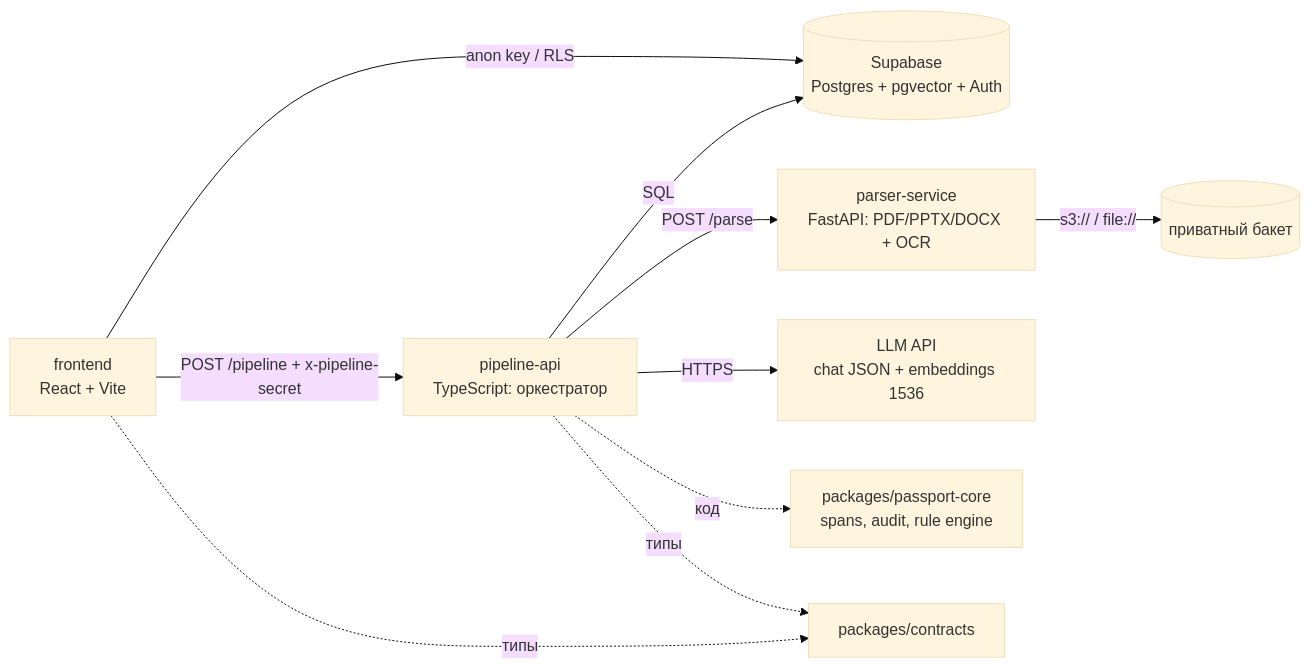
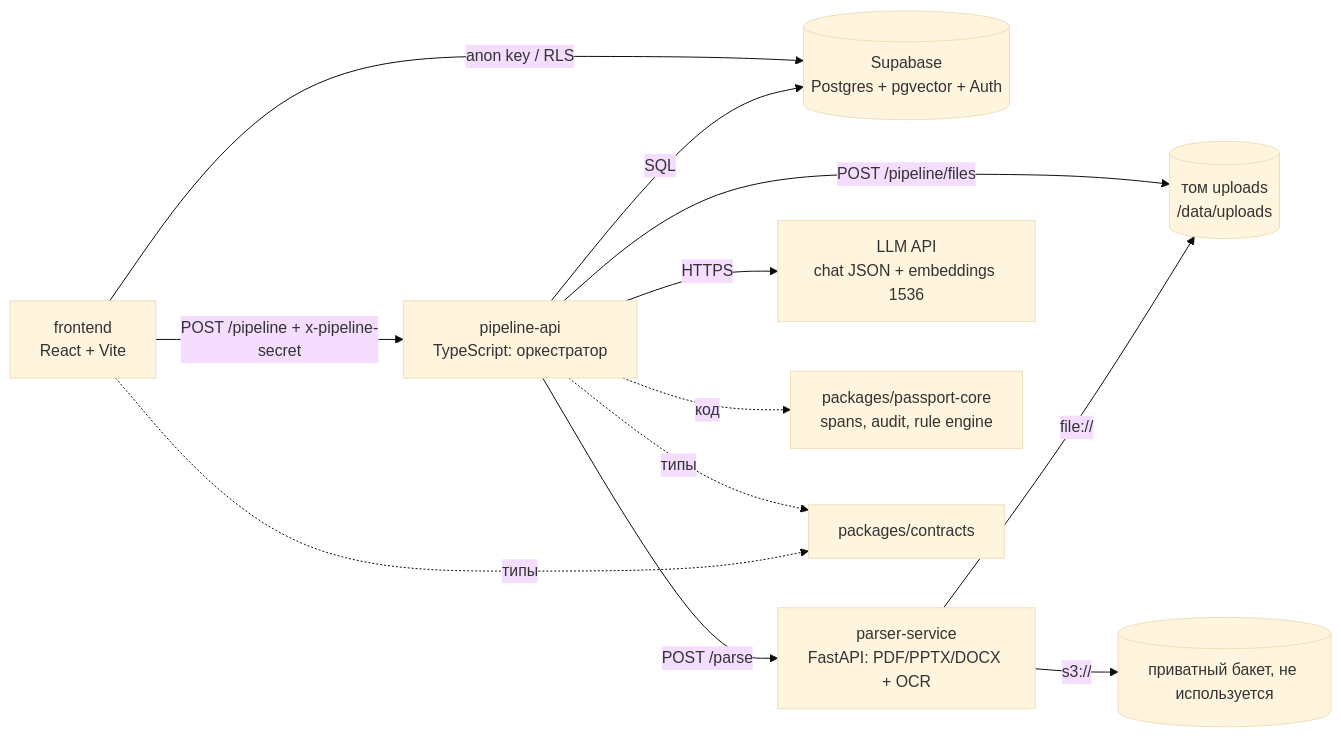
Before and after one commit to Abo8a/Accountant: the diagram in docs/architecture.md, drawn with Mermaid (base theme). The commit also changed other lines of this file and 24 other files, not shown here.

````diff
--- a/docs/architecture.md
+++ b/docs/architecture.md
@@ -7,12 +7,14 @@
 ```mermaid
 flowchart LR
   FE[frontend<br/>React + Vite] -- anon key / RLS --> SB[(Supabase<br/>Postgres + pgvector + Auth)]
   FE -- POST /pipeline + x-pipeline-secret --> PIPE[pipeline-api<br/>TypeScript: оркестратор]
   PIPE -- SQL --> SB
   PIPE -- POST /parse --> PARSER[parser-service<br/>FastAPI: PDF/PPTX/DOCX + OCR]
-  PARSER -- s3:// / file:// --> S3[(приватный бакет)]
+  PIPE -- POST /pipeline/files --> VOL[(том uploads<br/>/data/uploads)]
+  PARSER -- file:// --> VOL
+  PARSER -- s3:// --> S3[(приватный бакет, не используется)]
   PIPE -- HTTPS --> LLM[LLM API<br/>chat JSON + embeddings 1536]
   PIPE -. код .-> CORE[packages/passport-core<br/>spans, audit, rule engine]
   PIPE -. типы .-> CONTRACTS[packages/contracts]
   FE -. типы .-> CONTRACTS
 ```
````
